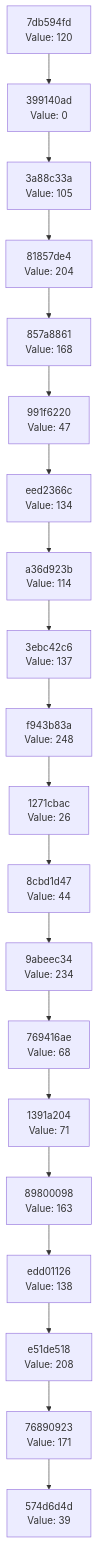
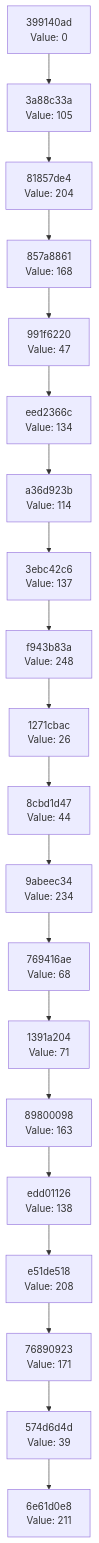
The diagram in docs/CHAIN_VISUALIZATION.md (Abhisheksinha1506/hash-chain-evolver), drawn with Mermaid before and after one commit. The commit also changed 2 other files, not shown here.

Commit message:
Evolution step: hash 0xD3 → action executed

````diff
--- a/docs/CHAIN_VISUALIZATION.md
+++ b/docs/CHAIN_VISUALIZATION.md
@@ -3,42 +3,42 @@
 ```mermaid
 graph TD
-    C0["574d6d4d<br/>Value: 39"]
-    C1["76890923<br/>Value: 171"]
+    C0["6e61d0e8<br/>Value: 211"]
+    C1["574d6d4d<br/>Value: 39"]
     C1 --> C0
-    C2["e51de518<br/>Value: 208"]
+    C2["76890923<br/>Value: 171"]
     C2 --> C1
-    C3["edd01126<br/>Value: 138"]
+    C3["e51de518<br/>Value: 208"]
     C3 --> C2
-    C4["89800098<br/>Value: 163"]
+    C4["edd01126<br/>Value: 138"]
     C4 --> C3
-    C5["1391a204<br/>Value: 71"]
+    C5["89800098<br/>Value: 163"]
     C5 --> C4
-    C6["769416ae<br/>Value: 68"]
+    C6["1391a204<br/>Value: 71"]
     C6 --> C5
-    C7["9abeec34<br/>Value: 234"]
+    C7["769416ae<br/>Value: 68"]
     C7 --> C6
-    C8["8cbd1d47<br/>Value: 44"]
+    C8["9abeec34<br/>Value: 234"]
     C8 --> C7
-    C9["1271cbac<br/>Value: 26"]
+    C9["8cbd1d47<br/>Value: 44"]
     C9 --> C8
-    C10["f943b83a<br/>Value: 248"]
+    C10["1271cbac<br/>Value: 26"]
     C10 --> C9
-    C11["3ebc42c6<br/>Value: 137"]
+    C11["f943b83a<br/>Value: 248"]
     C11 --> C10
-    C12["a36d923b<br/>Value: 114"]
+    C12["3ebc42c6<br/>Value: 137"]
     C12 --> C11
-    C13["eed2366c<br/>Value: 134"]
+    C13["a36d923b<br/>Value: 114"]
     C13 --> C12
-    C14["991f6220<br/>Value: 47"]
+    C14["eed2366c<br/>Value: 134"]
     C14 --> C13
-    C15["857a8861<br/>Value: 168"]
+    C15["991f6220<br/>Value: 47"]
     C15 --> C14
-    C16["81857de4<br/>Value: 204"]
+    C16["857a8861<br/>Value: 168"]
     C16 --> C15
-    C17["3a88c33a<br/>Value: 105"]
+    C17["81857de4<br/>Value: 204"]
     C17 --> C16
-    C18["399140ad<br/>Value: 0"]
+    C18["3a88c33a<br/>Value: 105"]
     C18 --> C17
-    C19["7db594fd<br/>Value: 120"]
+    C19["399140ad<br/>Value: 0"]
     C19 --> C18
 ```
````
